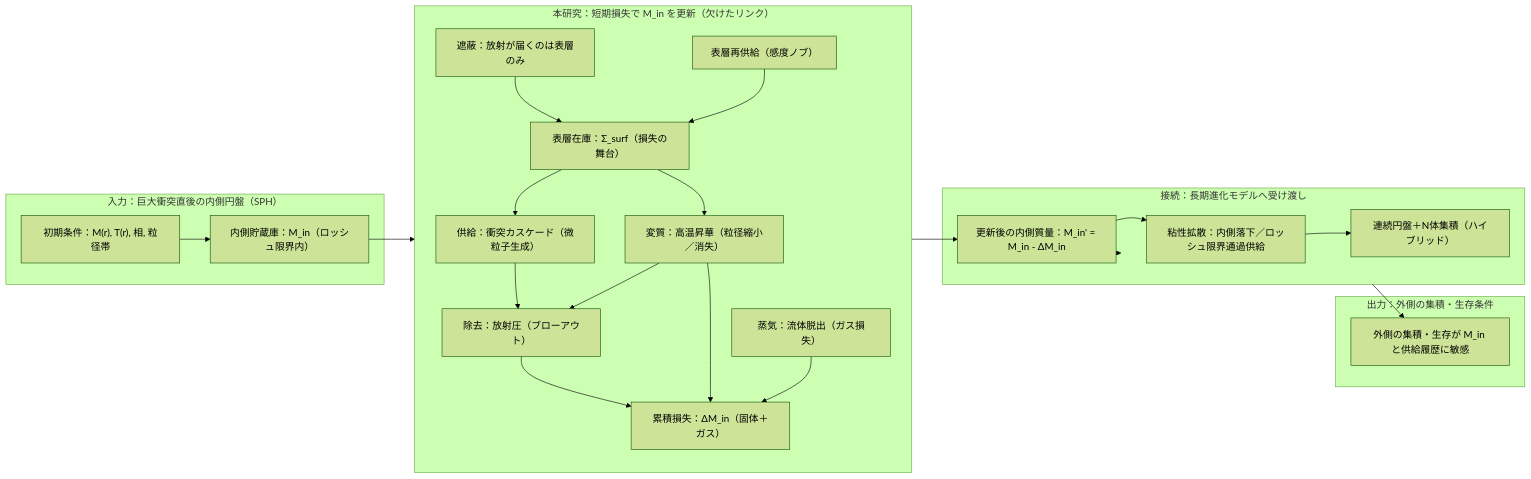
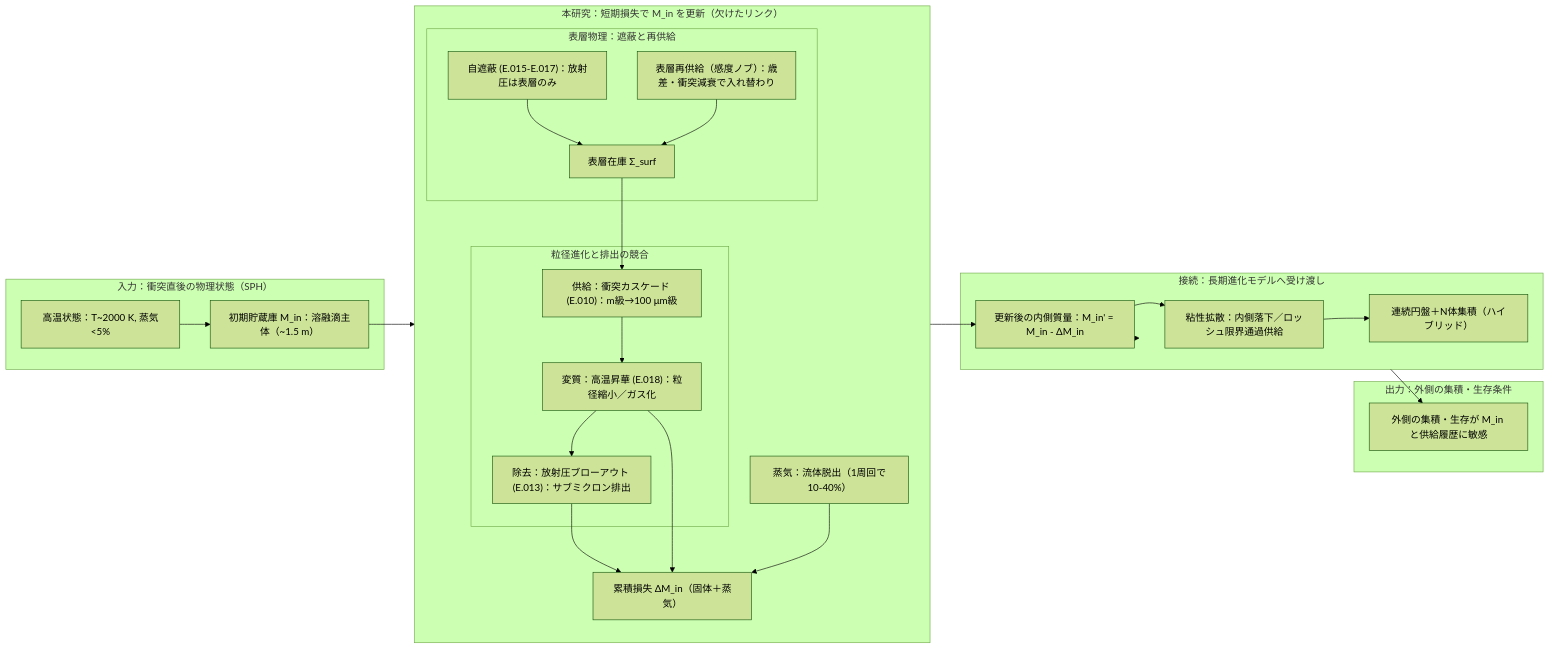
The second of 3 diagrams in analysis/introduction.md (Einfeld686/MarsDiskSimulation), drawn with Mermaid (forest theme) before and after one commit.

Commit message:
docs: refine fig 1.2b flowchart

````diff
--- a/analysis/introduction.md
+++ b/analysis/introduction.md
@@ -118,47 +118,51 @@
 ```mermaid
 flowchart LR
-    %% ===== 入力：SPHが与える初期状態 =====
-    subgraph IN["入力：巨大衝突直後の内側円盤（SPH）"]
-        IN1["初期条件：M(r), T(r), 相, 粒径帯"]
-        IN2["内側貯蔵庫：M_in（ロッシュ限界内）"]
+    %% ===== 入力：初期熱力学的状態（SPH） =====
+    subgraph IN["入力：衝突直後の物理状態（SPH）"]
+        IN1["高温状態：T~2000 K, 蒸気<5%"]
+        IN2["初期貯蔵庫 M_in：溶融滴主体（~1.5 m）"]
     end
 
-    %% ===== 本研究：短期損失（欠けたリンク） =====
+    %% ===== 本研究：短期損失の物理競合（欠けたリンク） =====
     subgraph OUR["本研究：短期損失で M_in を更新（欠けたリンク）"]
         direction TB
 
-        SH["遮蔽：放射が届くのは表層のみ"]
-        SURF["表層在庫：Σ_surf（損失の舞台）"]
-        REP["表層再供給（感度ノブ）"]
+        subgraph Shield["表層物理：遮蔽と再供給"]
+            SH["自遮蔽 (E.015-E.017)：放射圧は表層のみ"]
+            REP["表層再供給（感度ノブ）：歳差・衝突減衰で入れ替わり"]
+            SURF["表層在庫 Σ_surf"]
 
-        COL["供給：衝突カスケード（微粒子生成）"]
-        SUB["変質：高温昇華（粒径縮小／消失）"]
-        RAD["除去：放射圧（ブローアウト）"]
+            SH & REP --> SURF
+        end
 
-        GAS["蒸気：流体脱出（ガス損失）"]
-        SUM["累積損失：ΔM_in（固体＋ガス）"]
+        subgraph Micro["粒径進化と排出の競合"]
+            COL["供給：衝突カスケード (E.010)：m級→100 μm級"]
+            SUB["変質：高温昇華 (E.018)：粒径縮小／ガス化"]
+            RAD["除去：放射圧ブローアウト (E.013)：サブミクロン排出"]
 
-        SH --> SURF
-        REP --> SURF
+            SURF --> COL --> SUB --> RAD
+        end
 
-        SURF --> COL --> RAD --> SUM
-        SURF --> SUB --> RAD
+        GAS["蒸気：流体脱出（1周回で10-40%）"]
+        SUM["累積損失 ΔM_in（固体＋蒸気）"]
+
+        RAD --> SUM
         SUB --> SUM
         GAS --> SUM
     end
 
     %% ===== 接続：長期進化モデルへ =====
     subgraph MID["接続：長期進化モデルへ受け渡し"]
         UPD["更新後の内側質量：M_in' = M_in - ΔM_in"]
         VIS["粘性拡散：内側落下／ロッシュ限界通過供給"]
         HYB["連続円盤＋N体集積（ハイブリッド）"]
         UPD --> VIS --> HYB
     end
 
     %% ===== 出力：衛星形成側の要求（生存条件） =====
     subgraph OUT["出力：外側の集積・生存条件"]
         OUT1["外側の集積・生存が M_in と供給履歴に敏感"]
     end
 
     IN1 --> IN2 --> OUR --> UPD --> MID --> OUT1
 ```
````
